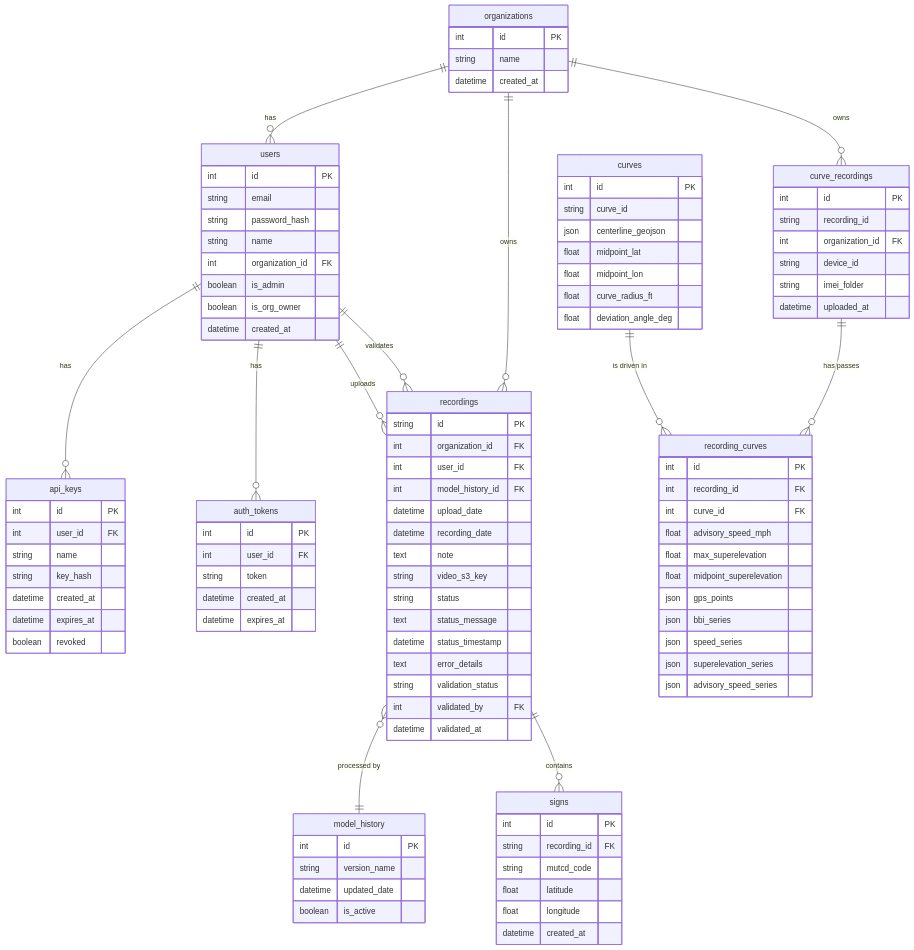
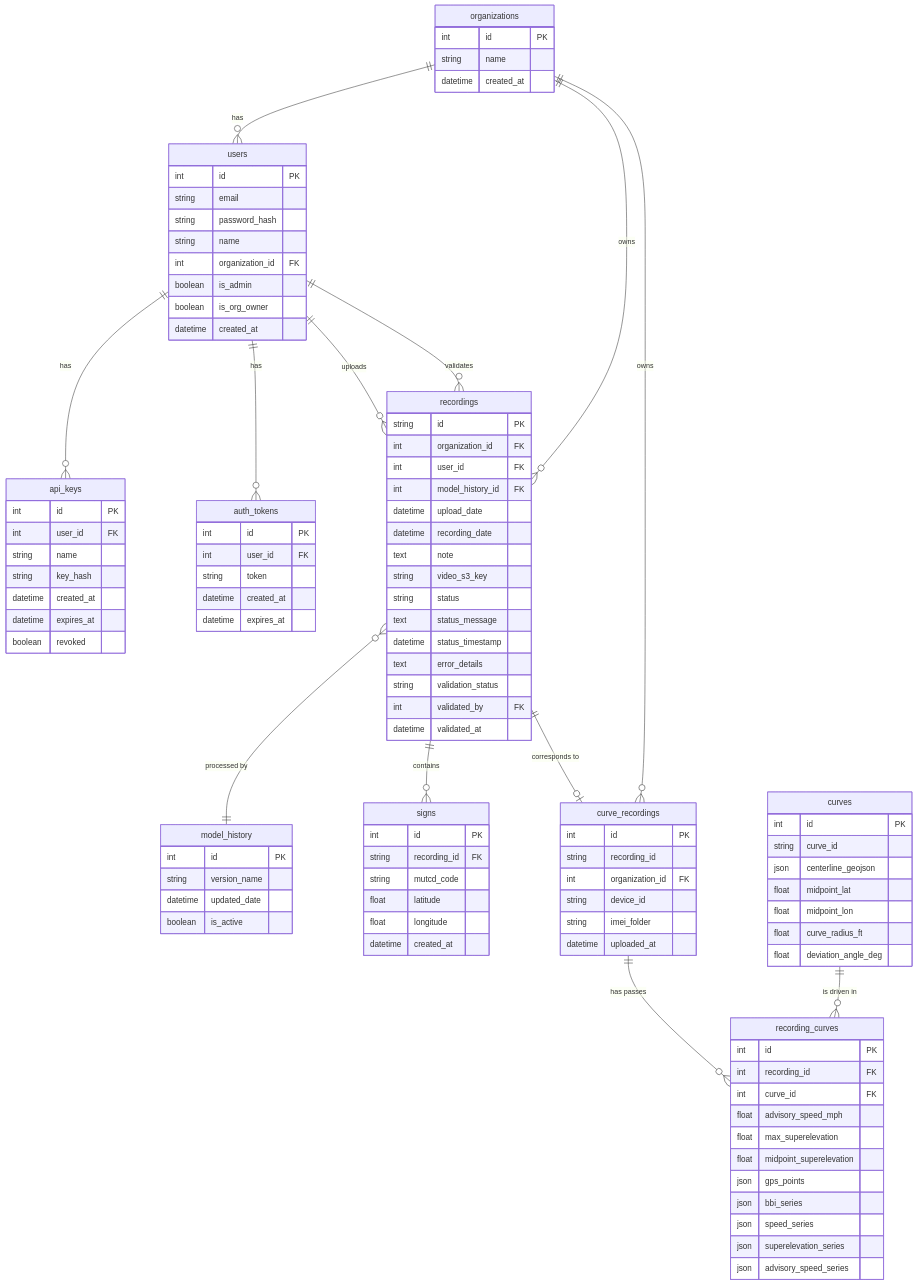
Before and after one commit to antosomzi/traffic-sign-app: the diagram in documentation/database_schema.md, drawn with Mermaid. The commit also changed other lines of this file and 4 other files, not shown here.

```diff
--- a/documentation/database_schema.md
+++ b/documentation/database_schema.md
@@ -119,6 +119,7 @@
     
     recordings }o--|| model_history : "processed by"
     recordings ||--o{ signs : "contains"
+    recordings ||--o| curve_recordings : "corresponds to"
     
     curve_recordings ||--o{ recording_curves : "has passes"
     curves ||--o{ recording_curves : "is driven in"
```
